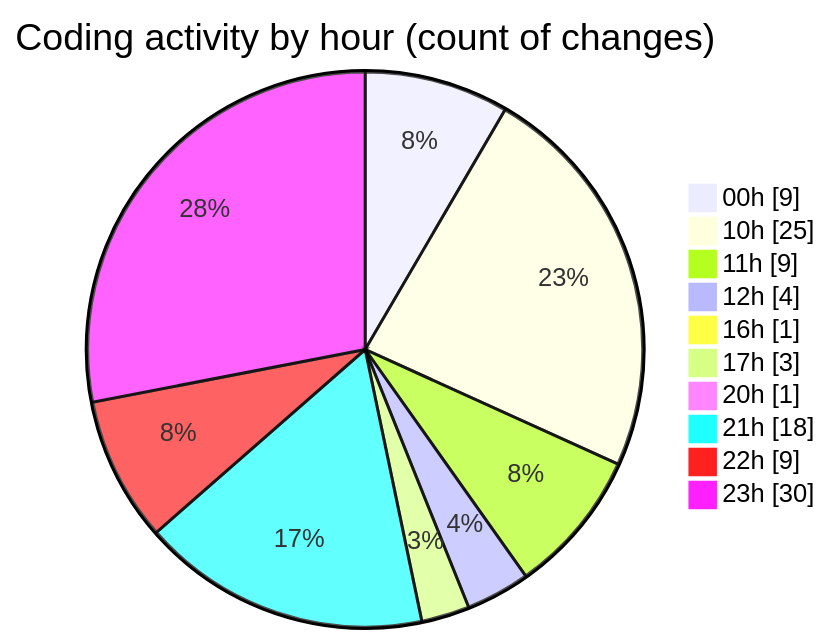
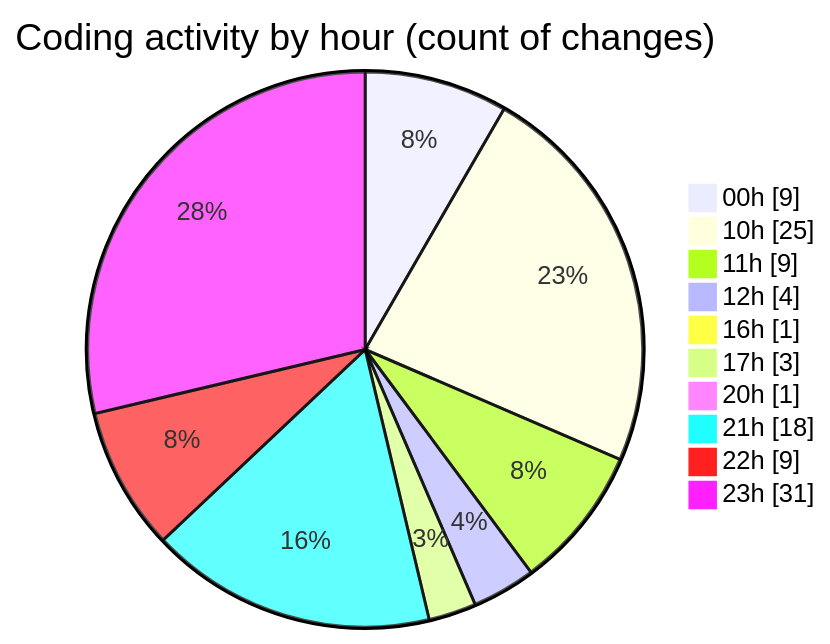
Before and after one commit to julien-gomy/code-tracking: the second of 2 diagrams in 2025-11-15/cdp_aleoudev_fr__workspace_/README.md, drawn with Mermaid. The commit also changed other lines of this file and 1 other file, not shown here.

````diff
--- a/2025-11-15/cdp_aleoudev_fr__workspace_/README.md
+++ b/2025-11-15/cdp_aleoudev_fr__workspace_/README.md
@@ -42,14 +42,14 @@
 ```mermaid
 pie showData
 title Coding activity by hour (count of changes)
 "00h" : 9
 "10h" : 25
 "11h" : 9
 "12h" : 4
 "16h" : 1
 "17h" : 3
 "20h" : 1
 "21h" : 18
 "22h" : 9
-"23h" : 30
+"23h" : 31
 ```
````
